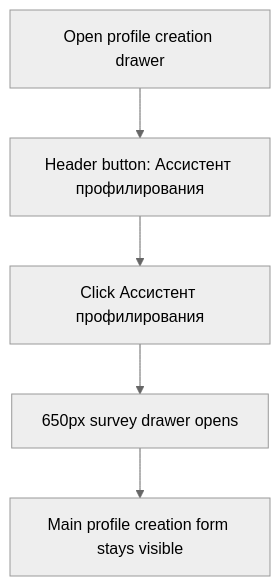
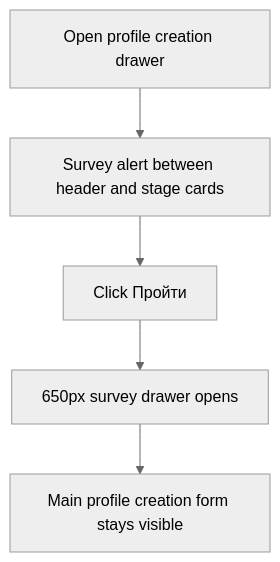
Before and after one commit to Anton-Sukhankin/HR-Profiling-Block: the first of 7 diagrams in docs/components/profile-survey/user-flows.md, drawn with Mermaid (neutral theme). The commit also changed other lines of this file and 12 other files, not shown here.

````diff
--- a/docs/components/profile-survey/user-flows.md
+++ b/docs/components/profile-survey/user-flows.md
@@ -5,7 +5,7 @@
 ```mermaid
 flowchart TD
-  A["Open profile creation drawer"] --> B["Header button: Ассистент профилирования"]
-  B --> C["Click Ассистент профилирования"]
+  A["Open profile creation drawer"] --> B["Survey alert between header and stage cards"]
+  B --> C["Click Пройти"]
   C --> D["650px survey drawer opens"]
   D --> E["Main profile creation form stays visible"]
 ```
````
